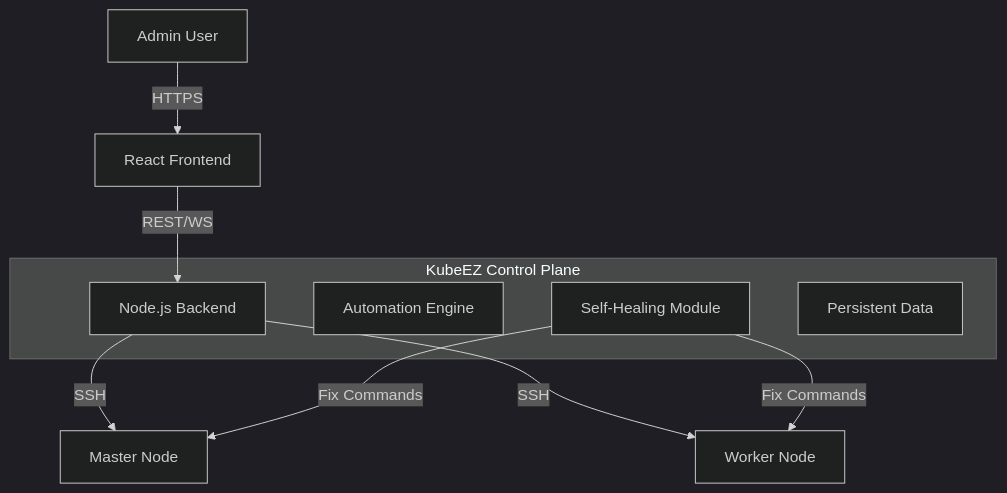
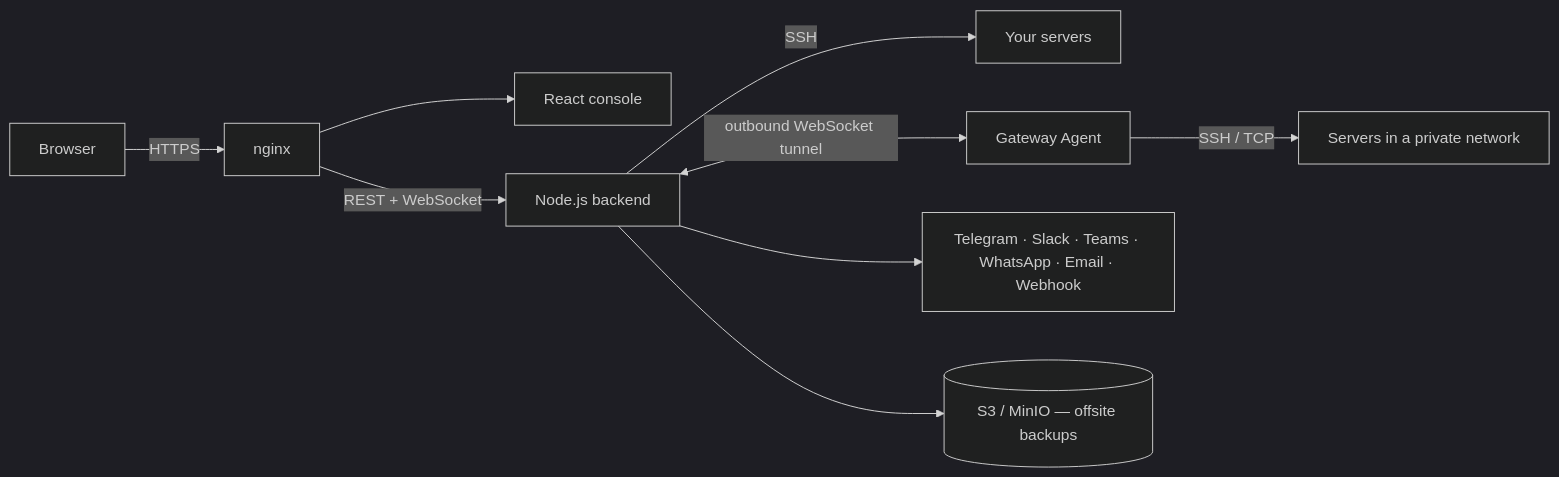
One commit to ckmine11/Universal-K8s-Installer changed the diagram in README.md. Above: the diagram before and after it, drawn with Mermaid (dark theme). The commit also changed other lines of this file and 3 other files, not shown here.

````diff
--- a/README.md
+++ b/README.md
@@ -63,18 +80,11 @@
 ```mermaid
-graph TD
-    User[Admin User] -->|HTTPS| FE[React Frontend]
-    FE -->|REST/WS| BE[Node.js Backend]
-    
-    subgraph "KubeEZ Control Plane"
-        BE
-        Auto[Automation Engine]
-        Healer[Self-Healing Module]
-        Store[Persistent Data]
-    end
-    
-    BE -->|SSH| Master[Master Node]
-    BE -->|SSH| Worker[Worker Node]
-    
-    Healer -->|Fix Commands| Master
-    Healer -->|Fix Commands| Worker
+graph LR
+    Browser -->|HTTPS| Proxy[nginx]
+    Proxy --> FE[React console]
+    Proxy -->|REST + WebSocket| BE[Node.js backend]
+    BE -->|SSH| Nodes[Your servers]
+    BE <-->|outbound WebSocket tunnel| Agent[Gateway Agent]
+    Agent -->|SSH / TCP| Private[Servers in a private network]
+    BE --> Alerts[Telegram · Slack · Teams · WhatsApp · Email · Webhook]
+    BE --> S3[(S3 / MinIO — offsite backups)]
 ```
````
